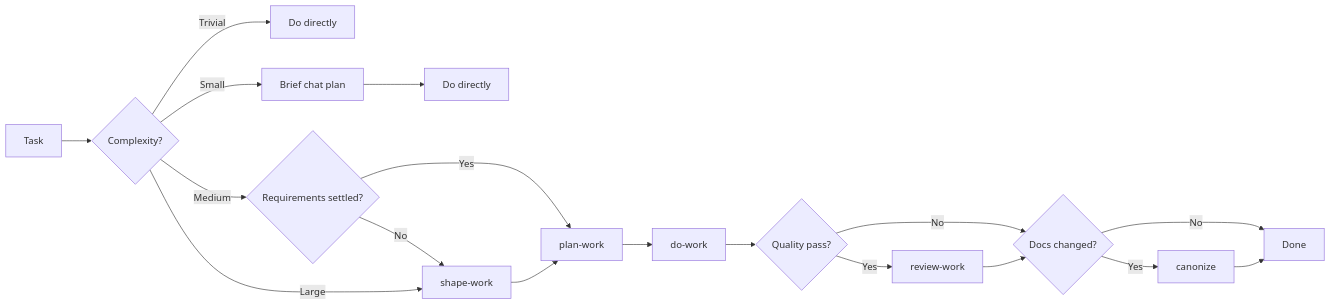
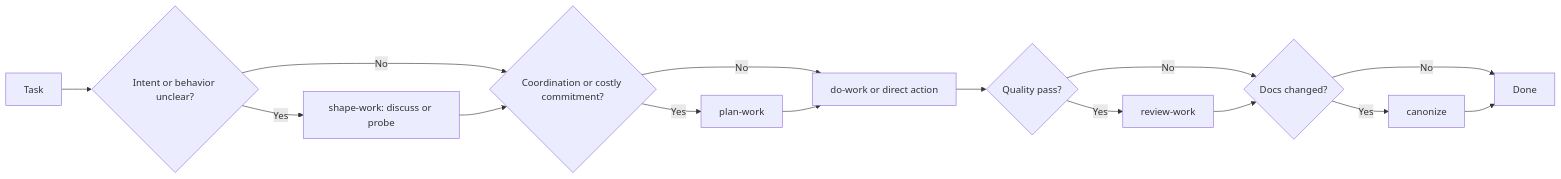
The diagram in README.md (morochena/skills), drawn with Mermaid before and after one commit. The commit also changed other lines of this file and 22 other files, not shown here.

````diff
--- a/README.md
+++ b/README.md
@@ -118,20 +121,17 @@
 ```mermaid
 flowchart LR
-  A["Task"] --> B{"Complexity?"}
-  B -->|"Trivial"| T["Do directly"]
-  B -->|"Small"| S1["Brief chat plan"]
-  S1 --> D1["Do directly"]
-  B -->|"Medium"| M{"Requirements settled?"}
-  M -->|"No"| SH["shape-work"]
-  M -->|"Yes"| P["plan-work"]
-  B -->|"Large"| SH
-  SH --> P
-  P --> DW["do-work"]
+  A["Task"] --> U{"Intent or behavior unclear?"}
+  U -->|"Yes"| SH["shape-work: discuss or probe"]
+  U -->|"No"| C{"Coordination or costly commitment?"}
+  SH --> C
+  C -->|"Yes"| P["plan-work"]
+  C -->|"No"| DW["do-work or direct action"]
+  P --> DW
   DW --> R{"Quality pass?"}
   R -->|"Yes"| RW["review-work"]
-  R -->|"No"| C{"Docs changed?"}
-  RW --> C
-  C -->|"Yes"| CZ["canonize"]
-  C -->|"No"| Done["Done"]
+  R -->|"No"| DC{"Docs changed?"}
+  RW --> DC
+  DC -->|"Yes"| CZ["canonize"]
+  DC -->|"No"| Done["Done"]
   CZ --> Done
 ```
````
